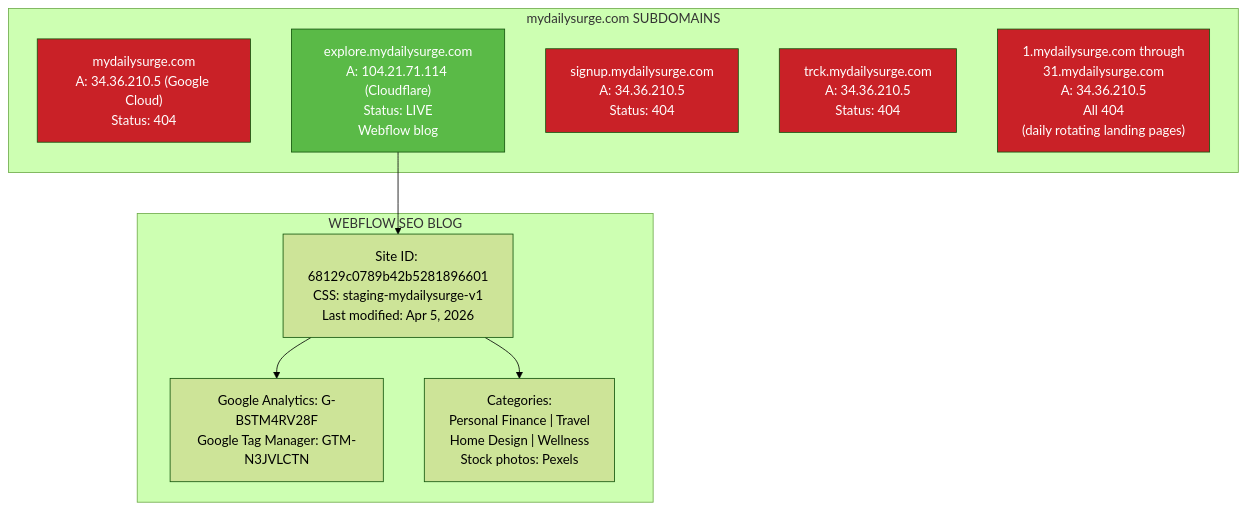
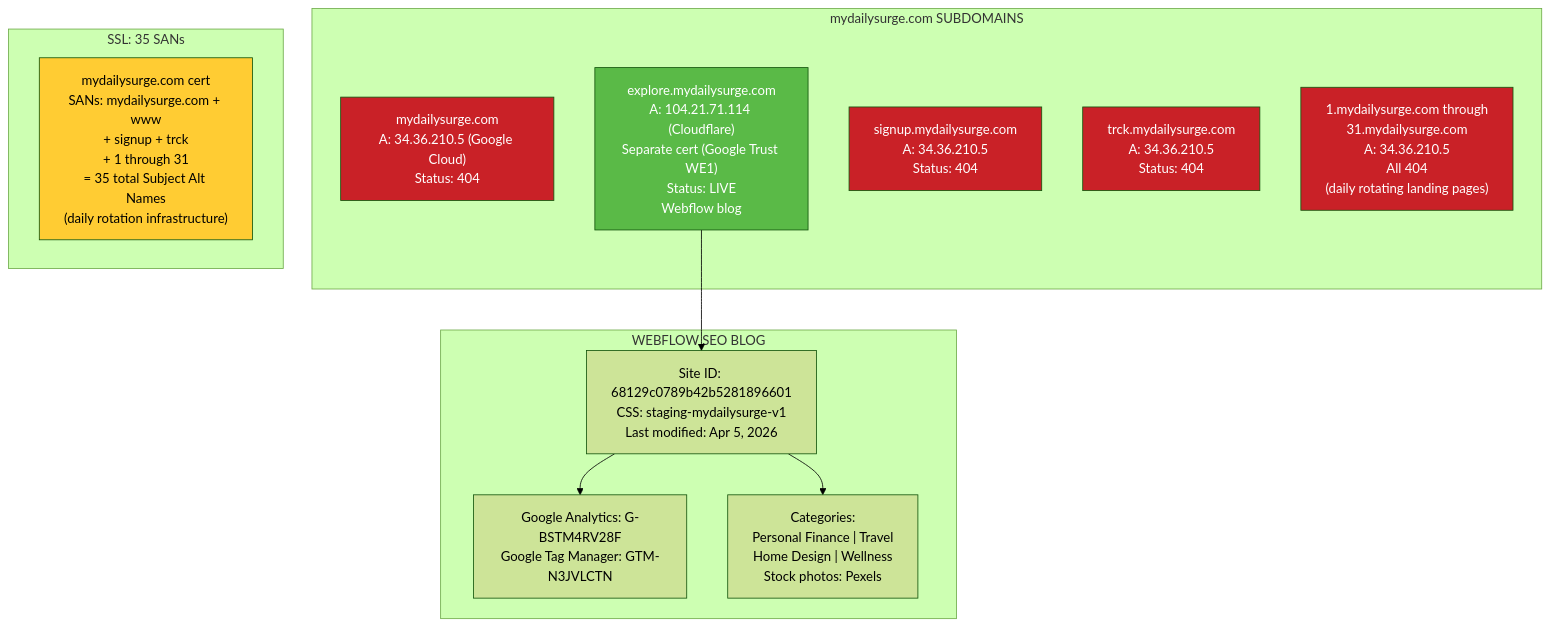
Before and after one commit to GrantKlassy/funny: the seventh of 15 diagrams in investigations/epicfunnels/SCAM-FLOW.md, drawn with Mermaid (forest theme). The commit also changed other lines of this file and 8 other files, not shown here.

````diff
--- a/investigations/epicfunnels/SCAM-FLOW.md
+++ b/investigations/epicfunnels/SCAM-FLOW.md
@@ -127,25 +224,30 @@
 ```mermaid
 flowchart TD
     subgraph SURGE_SUBS["mydailysurge.com SUBDOMAINS"]
         SURGE_ROOT["mydailysurge.com\nA: 34.36.210.5 (Google Cloud)\nStatus: 404"]
-        EXPLORE["explore.mydailysurge.com\nA: 104.21.71.114 (Cloudflare)\nStatus: LIVE\nWebflow blog"]
+        EXPLORE["explore.mydailysurge.com\nA: 104.21.71.114 (Cloudflare)\nSeparate cert (Google Trust WE1)\nStatus: LIVE\nWebflow blog"]
         SIGNUP["signup.mydailysurge.com\nA: 34.36.210.5\nStatus: 404"]
         TRCK["trck.mydailysurge.com\nA: 34.36.210.5\nStatus: 404"]
         DAILY["1.mydailysurge.com through\n31.mydailysurge.com\nA: 34.36.210.5\nAll 404\n(daily rotating landing pages)"]
+    end
+
+    subgraph SURGE_SSL["SSL: 35 SANs"]
+        CERT_SURGE["mydailysurge.com cert\nSANs: mydailysurge.com + www\n+ signup + trck\n+ 1 through 31\n= 35 total Subject Alt Names\n(daily rotation infrastructure)"]
     end
 
     subgraph WEBFLOW["WEBFLOW SEO BLOG"]
         WF_SITE["Site ID: 68129c0789b42b5281896601\nCSS: staging-mydailysurge-v1\nLast modified: Apr 5, 2026"]
         WF_GA["Google Analytics: G-BSTM4RV28F\nGoogle Tag Manager: GTM-N3JVLCTN"]
         WF_CONTENT["Categories:\nPersonal Finance | Travel\nHome Design | Wellness\nStock photos: Pexels"]
     end
 
     EXPLORE --> WF_SITE --> WF_GA
     WF_SITE --> WF_CONTENT
 
     style SURGE_ROOT fill:#c92127,color:#fff
     style SIGNUP fill:#c92127,color:#fff
     style TRCK fill:#c92127,color:#fff
     style DAILY fill:#c92127,color:#fff
     style EXPLORE fill:#5aba47,color:#fff
+    style CERT_SURGE fill:#ffcc33,color:#000
 ```
````
